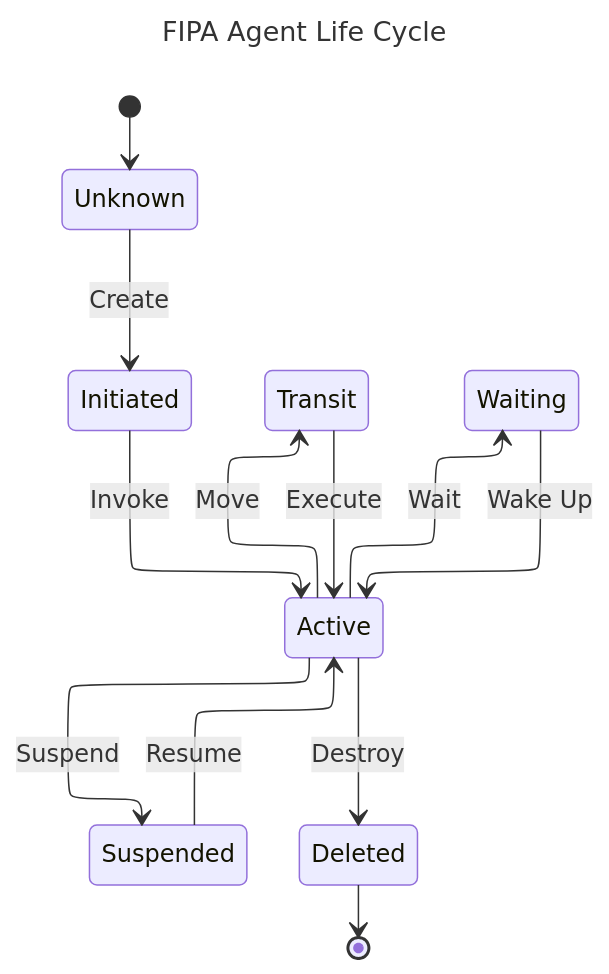
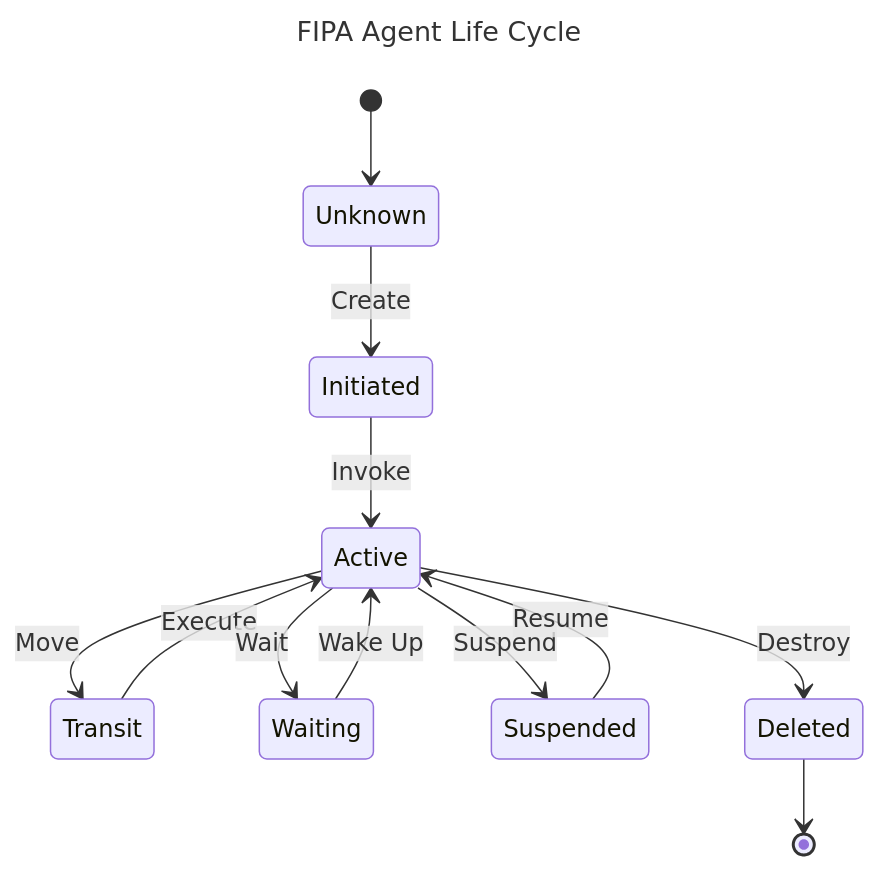
Before and after one commit to mertturkmenoglu/wanderlust: the first of 2 diagrams in docs/adr/0007-agent-based-simulations.md, drawn with Mermaid.

Commit message:
remove elk layout configuration because github doesn't support rendering

````diff
--- a/docs/adr/0007-agent-based-simulations.md
+++ b/docs/adr/0007-agent-based-simulations.md
@@ -18,19 +18,17 @@
 ```mermaid
 ---
-config:
-  layout: elk
 title: FIPA Agent Life Cycle
 ---
 stateDiagram-v2
 	[*] --> Unknown
 	Unknown --> Initiated: Create
 	Initiated --> Active: Invoke
 	Active --> Transit: Move
 	Transit --> Active: Execute
 	Active --> Waiting: Wait
 	Waiting --> Active: Wake Up
 	Active --> Suspended: Suspend
 	Suspended --> Active: Resume
 	Active --> Deleted: Destroy
 	Deleted --> [*]
 ```
````
